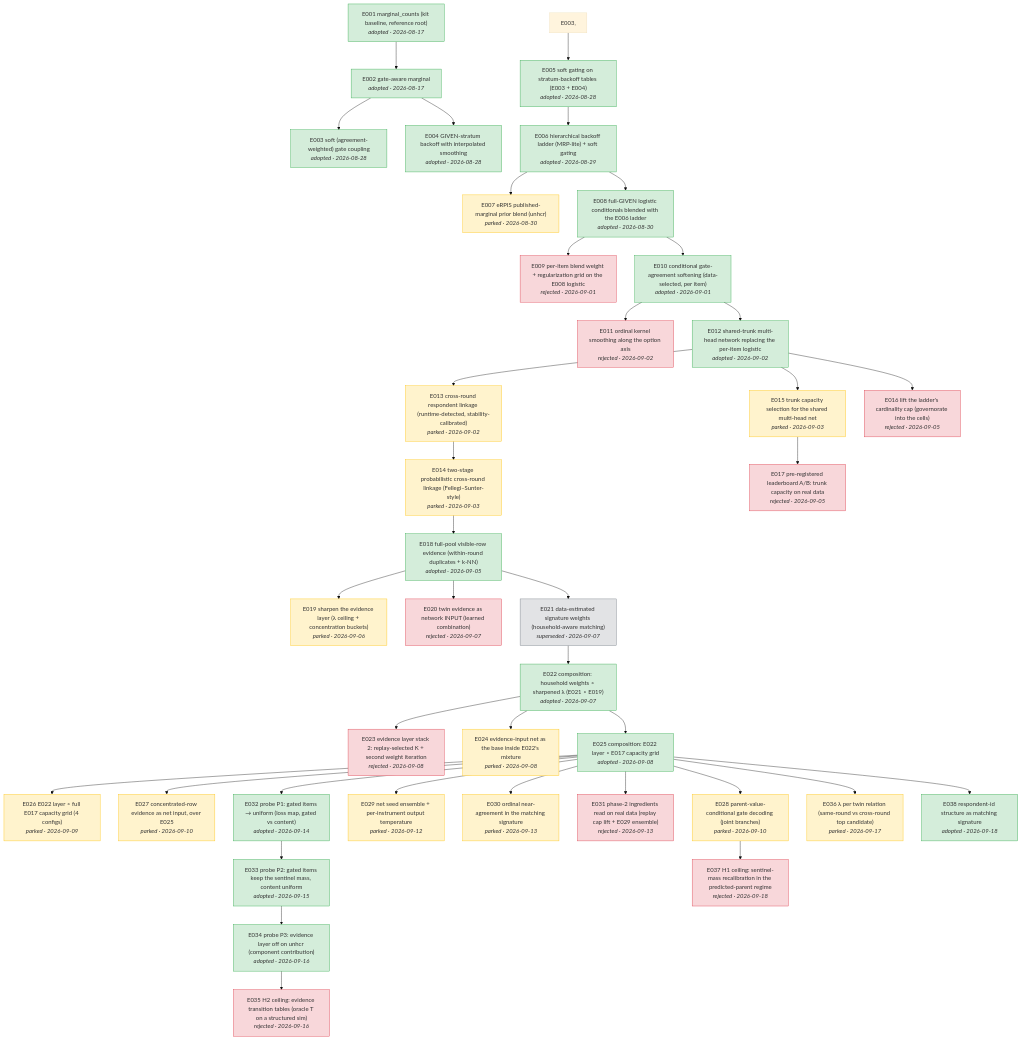
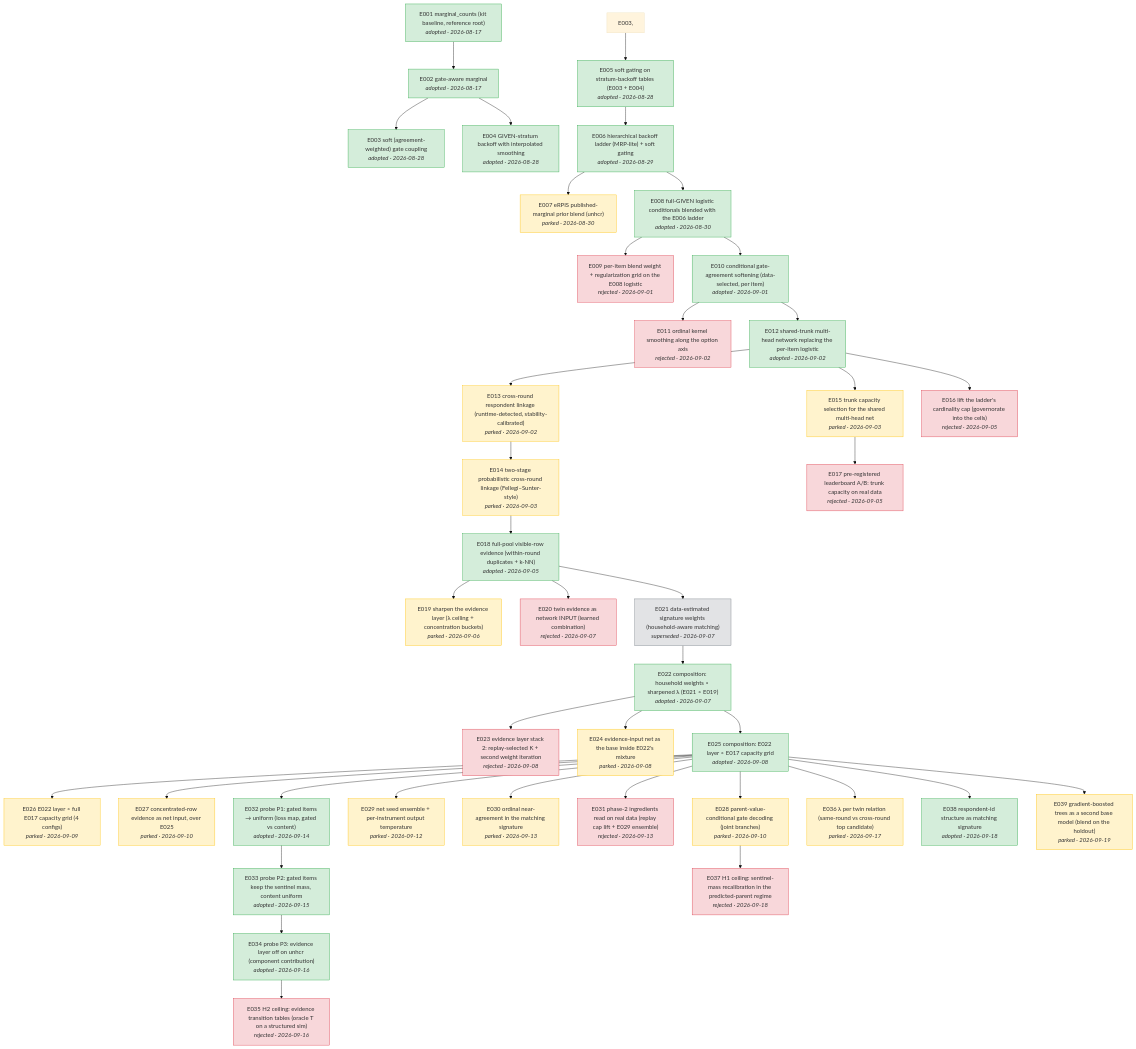
One commit to joon56/Simulacrabench-NeurIPS-2026- changed the diagram in docs/tree.md. Above: the diagram before and after it, drawn with Mermaid (base theme). The commit also changed 4 other files, not shown here.

Commit message:
E039: tree blend parked (sandbox v=0 as A005 predicts, +140 s CPU-side breaks the phase-1 budget); E038 phase-2 hardened

````diff
--- a/docs/tree.md
+++ b/docs/tree.md
@@ -79,12 +79,14 @@
     E028 --> E037
     E038["E038 respondent-id structure as matching signature<br/><i>adopted · 2026-09-18</i>"]
     E025 --> E038
+    E039["E039 gradient-boosted trees as a second base model (blend on the holdout)<br/><i>parked · 2026-09-19</i>"]
+    E025 --> E039
     classDef adopted fill:#d4edda,stroke:#28a745
     class E001,E002,E003,E004,E005,E006,E008,E010,E012,E018,E022,E025,E032,E033,E034,E038 adopted
     classDef rejected fill:#f8d7da,stroke:#dc3545
     class E009,E011,E016,E017,E020,E023,E031,E035,E037 rejected
     classDef parked fill:#fff3cd,stroke:#ffc107
-    class E007,E013,E014,E015,E019,E024,E026,E027,E028,E029,E030,E036 parked
+    class E007,E013,E014,E015,E019,E024,E026,E027,E028,E029,E030,E036,E039 parked
     classDef superseded fill:#e2e3e5,stroke:#6c757d
     class E021 superseded
 ```
````
